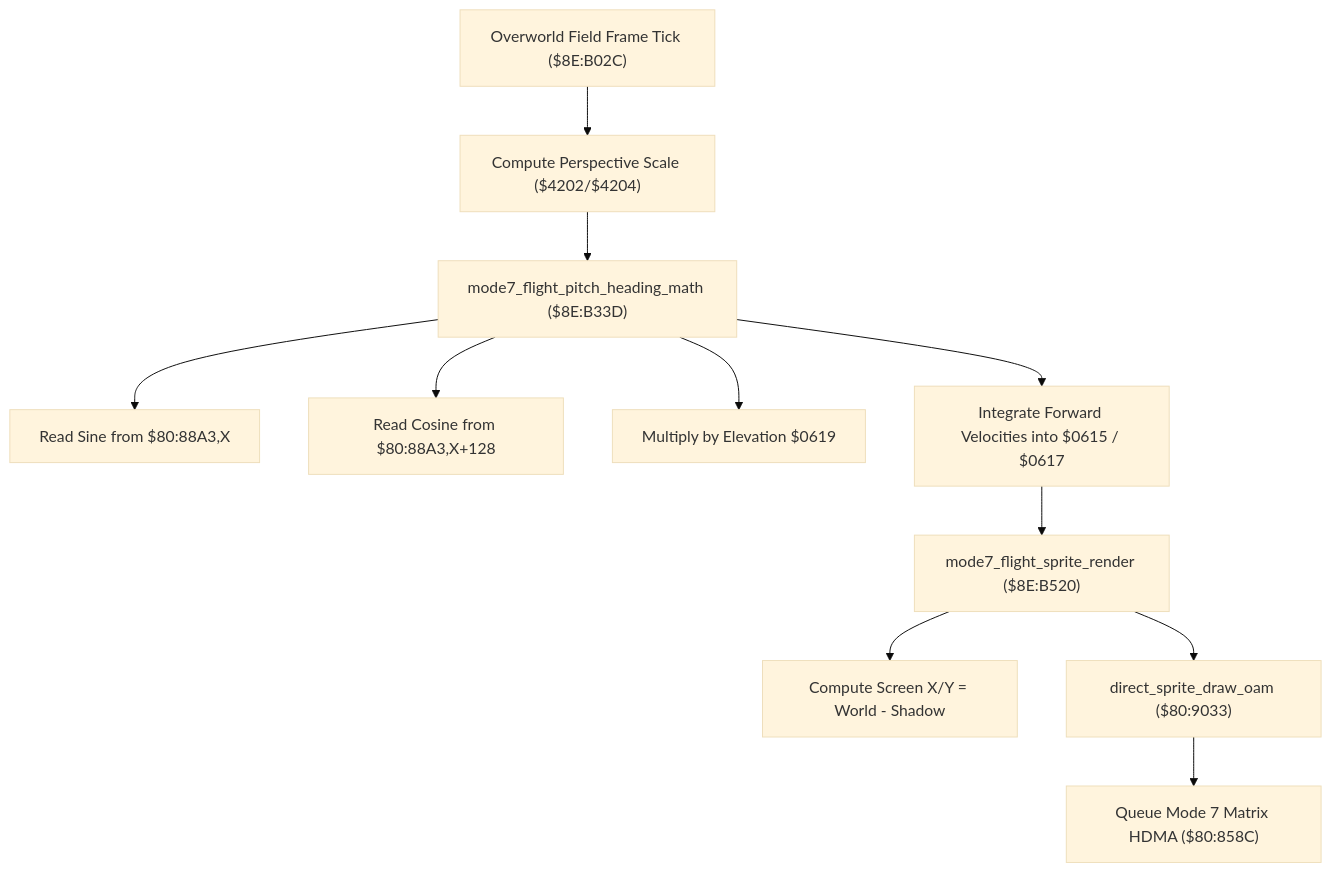
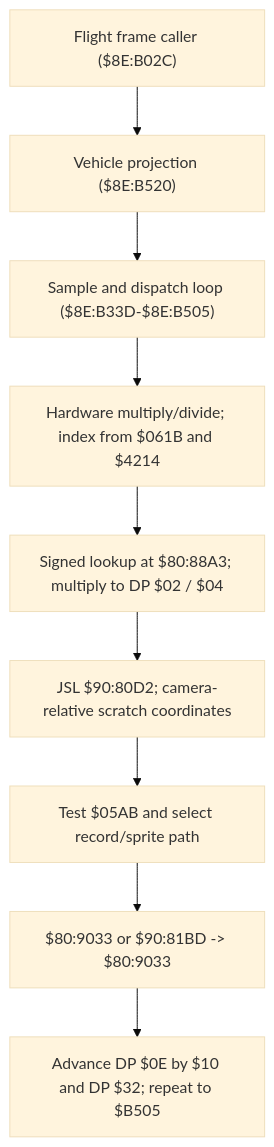
The diagram in docs/disassembly/engine-core/mode7-flight.md (r-bin/everscript-vscode), drawn with Mermaid (base theme) before and after one commit. The commit also changed other lines of this file and 487 other files, not shown here.

````diff
--- a/docs/disassembly/engine-core/mode7-flight.md
+++ b/docs/disassembly/engine-core/mode7-flight.md
@@ -31,13 +38,11 @@
 ```mermaid
 flowchart TD
-    FrameTick["Overworld Field Frame Tick ($8E:B02C)"] --> Perspective["Compute Perspective Scale ($4202/$4204)"]
-    Perspective --> TrigMath["mode7_flight_pitch_heading_math ($8E:B33D)"]
-    TrigMath --> SineLookup["Read Sine from $80:88A3,X"]
-    TrigMath --> CosineLookup["Read Cosine from $80:88A3,X+128"]
-    TrigMath --> SpeedMult["Multiply by Elevation $0619"]
-    TrigMath --> Integrate["Integrate Forward Velocities into $0615 / $0617"]
-    Integrate --> Transform["mode7_flight_sprite_render ($8E:B520)"]
-    Transform --> RelScreen["Compute Screen X/Y = World - Shadow"]
-    Transform --> DirectDraw["direct_sprite_draw_oam ($80:9033)"]
-    DirectDraw --> HDMA["Queue Mode 7 Matrix HDMA ($80:858C)"]
+    FrameTick["Flight frame caller ($8E:B02C)"] --> Projection["Vehicle projection ($8E:B520)"]
+    Projection --> SampleLoop["Sample and dispatch loop ($8E:B33D-$8E:B505)"]
+    SampleLoop --> Quotient["Hardware multiply/divide; index from $061B and $4214"]
+    Quotient --> SignedSamples["Signed lookup at $80:88A3; multiply to DP $02 / $04"]
+    SignedSamples --> EntityPass["JSL $90:80D2; camera-relative scratch coordinates"]
+    EntityPass --> Flags["Test $05AB and select record/sprite path"]
+    Flags --> Draw["$80:9033 or $90:81BD -> $80:9033"]
+    Draw --> Loop["Advance DP $0E by $10 and DP $32; repeat to $B505"]
 ```
````
